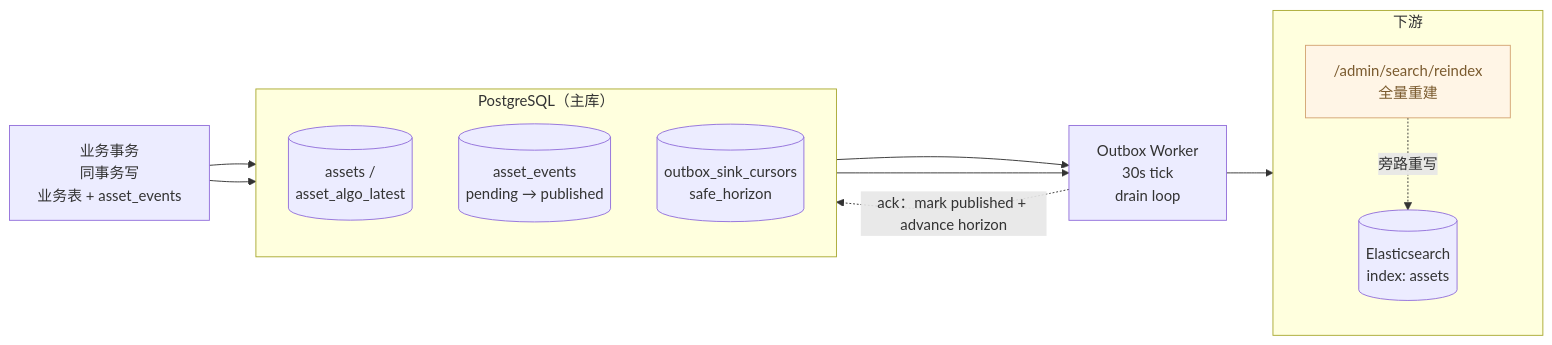
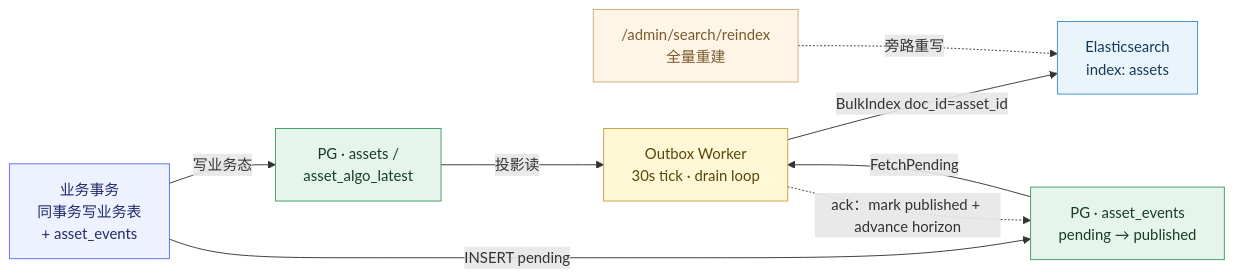
The first of 4 diagrams in docs/review/outbox-worker-design.md (rouse2617/Databricks4robot), drawn with Mermaid before and after one commit. The commit also changed other lines of this file and 2 other files, not shown here.

````diff
--- a/docs/review/outbox-worker-design.md
+++ b/docs/review/outbox-worker-design.md
@@ -42,29 +42,26 @@
 ```mermaid
 flowchart LR
-    TX["业务事务<br/>同事务写<br/>业务表 + asset_events"]
+    TX["业务事务<br/>同事务写业务表<br/>+ asset_events"]:::biz
 
-    subgraph PG["PostgreSQL（主库）"]
-      direction TB
-      AS[("assets /<br/>asset_algo_latest")]
-      AE[("asset_events<br/>pending → published")]
-      OC[("outbox_sink_cursors<br/>safe_horizon")]
-    end
+    AS["PG · assets /<br/>asset_algo_latest"]:::pg
+    AE["PG · asset_events<br/>pending → published"]:::pg
 
-    WK["Outbox Worker<br/>30s tick<br/>drain loop"]
+    WK["Outbox Worker<br/>30s tick · drain loop"]:::wk
 
-    subgraph SK["下游"]
-      direction TB
-      ES[("Elasticsearch<br/>index: assets")]
-      Adm["/admin/search/reindex<br/>全量重建"]:::adm
-    end
+    ES["Elasticsearch<br/>index: assets"]:::sink
+    Adm["/admin/search/reindex<br/>全量重建"]:::adm
 
-    TX --> AS
-    TX --> AE
-    AS --> WK
-    AE --> WK
-    WK --> ES
-    WK -. ack：mark published + advance horizon .-> PG
-    Adm -. 旁路重写 .-> ES
+    TX -->|"写业务态"| AS
+    TX -->|"INSERT pending"| AE
+    AS -->|"投影读"| WK
+    AE -->|"FetchPending"| WK
+    WK -->|"BulkIndex doc_id=asset_id"| ES
+    WK -. "ack：mark published + advance horizon" .-> AE
+    Adm -. "旁路重写" .-> ES
 
-    classDef adm fill:#fff5e6,stroke:#d4a574,color:#7a5a2e;
+    classDef biz  fill:#eef2ff,stroke:#5b6cff,color:#1f2a6b;
+    classDef pg   fill:#e6f5ec,stroke:#3a9b65,color:#173d27;
+    classDef wk   fill:#fff7d6,stroke:#c4a233,color:#5a4708;
+    classDef sink fill:#eaf4fb,stroke:#3d8ec9,color:#143a5a;
+    classDef adm  fill:#fff5e6,stroke:#d4a574,color:#7a5a2e;
 ```
````
